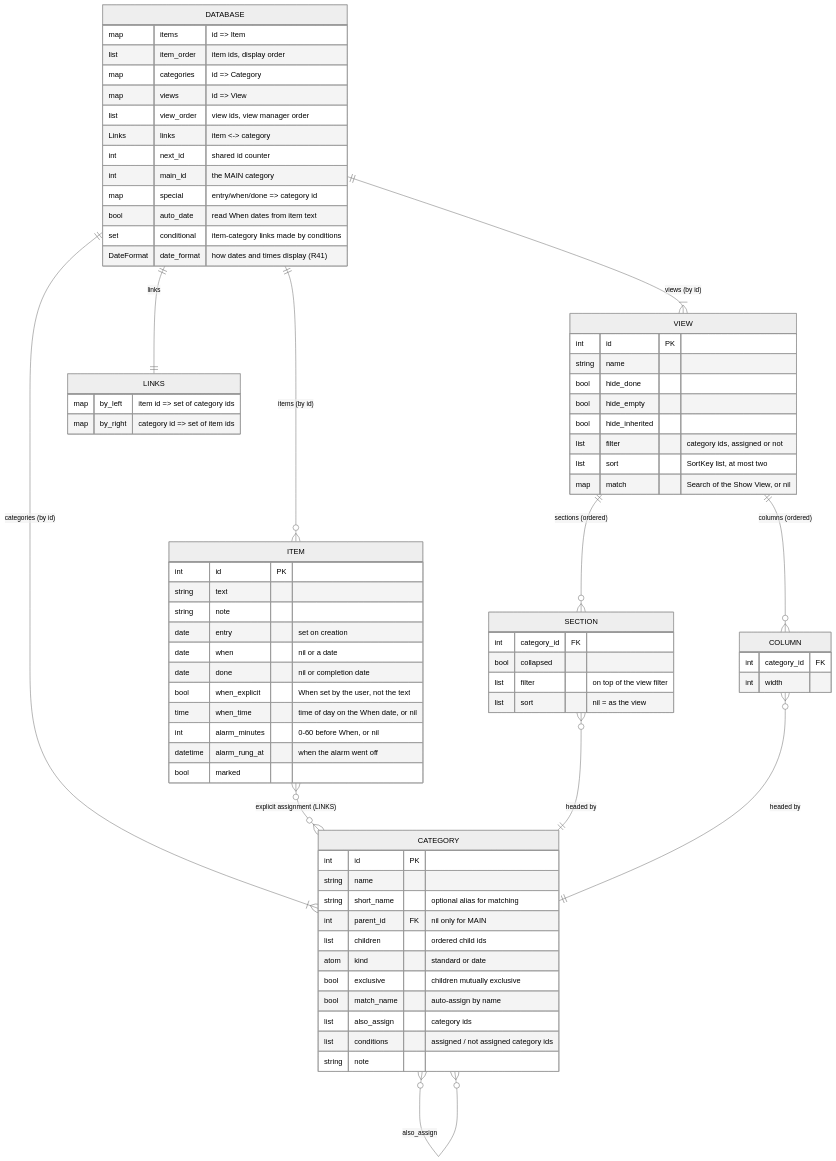
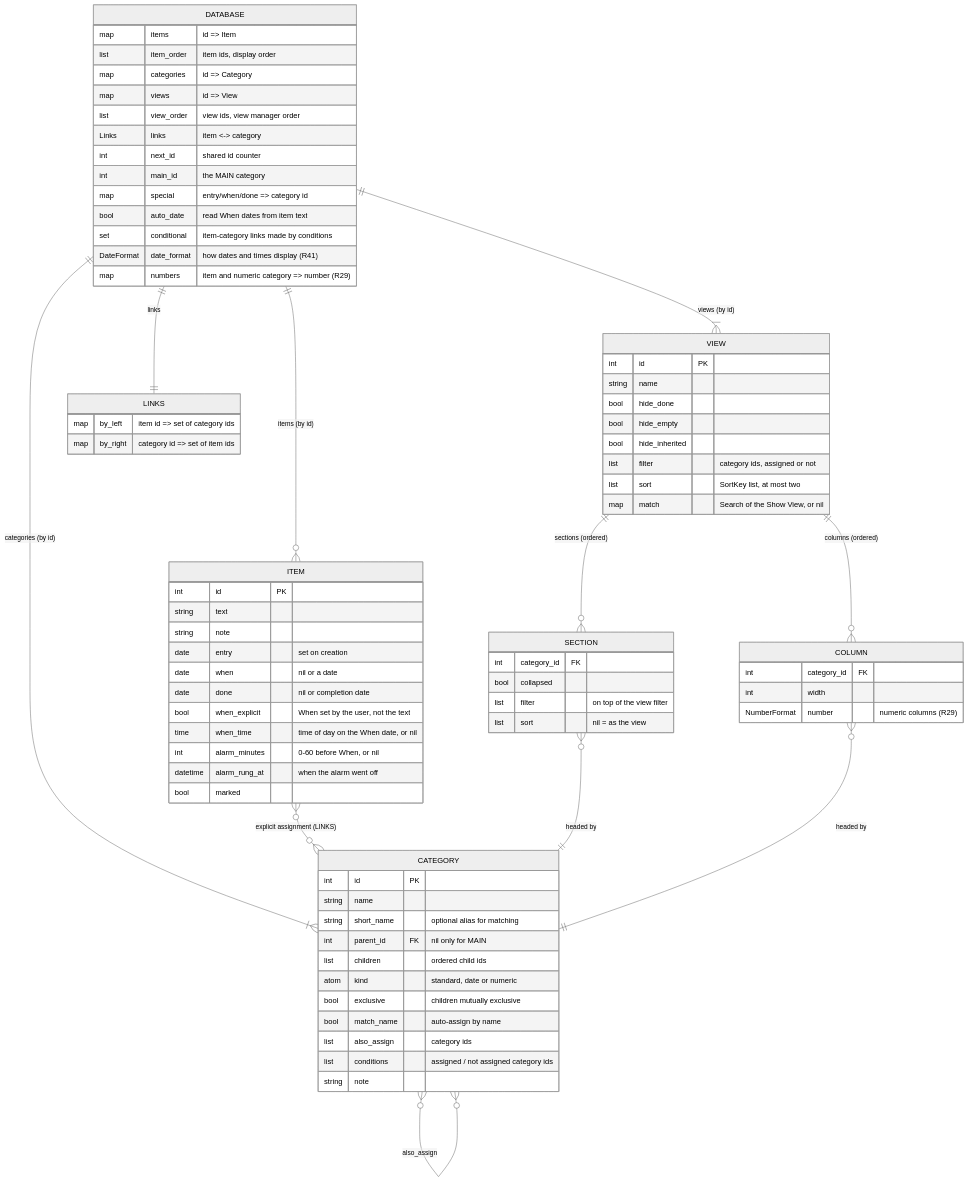
One commit to jamting/agendum changed the first of 6 diagrams in docs/DATA_MODEL.md. Above: the diagram before and after it, drawn with Mermaid (neutral theme). The commit also changed other lines of this file and 11 other files, not shown here.

````diff
--- a/docs/DATA_MODEL.md
+++ b/docs/DATA_MODEL.md
@@ -12,79 +12,81 @@
 ```mermaid
 erDiagram
     DATABASE ||--o{ ITEM : "items (by id)"
     DATABASE ||--|{ CATEGORY : "categories (by id)"
     DATABASE ||--|{ VIEW : "views (by id)"
     DATABASE ||--|| LINKS : "links"
     CATEGORY ||--o{ CATEGORY : "children (ordered)"
     ITEM }o--o{ CATEGORY : "explicit assignment (LINKS)"
     CATEGORY }o--o{ CATEGORY : "also_assign"
     VIEW ||--o{ SECTION : "sections (ordered)"
     VIEW ||--o{ COLUMN : "columns (ordered)"
     SECTION }o--|| CATEGORY : "headed by"
     COLUMN }o--|| CATEGORY : "headed by"
 
     DATABASE {
         map items "id => Item"
         list item_order "item ids, display order"
         map categories "id => Category"
         map views "id => View"
         list view_order "view ids, view manager order"
         Links links "item <-> category"
         int next_id "shared id counter"
         int main_id "the MAIN category"
         map special "entry/when/done => category id"
         bool auto_date "read When dates from item text"
         set conditional "item-category links made by conditions"
         DateFormat date_format "how dates and times display (R41)"
+        map numbers "item and numeric category => number (R29)"
     }
     ITEM {
         int id PK
         string text
         string note
         date entry "set on creation"
         date when "nil or a date"
         date done "nil or completion date"
         bool when_explicit "When set by the user, not the text"
         time when_time "time of day on the When date, or nil"
         int alarm_minutes "0-60 before When, or nil"
         datetime alarm_rung_at "when the alarm went off"
         bool marked
     }
     CATEGORY {
         int id PK
         string name
         string short_name "optional alias for matching"
         int parent_id FK "nil only for MAIN"
         list children "ordered child ids"
-        atom kind "standard or date"
+        atom kind "standard, date or numeric"
         bool exclusive "children mutually exclusive"
         bool match_name "auto-assign by name"
         list also_assign "category ids"
         list conditions "assigned / not assigned category ids"
         string note
     }
     VIEW {
         int id PK
         string name
         bool hide_done
         bool hide_empty
         bool hide_inherited
         list filter "category ids, assigned or not"
         list sort "SortKey list, at most two"
         map match "Search of the Show View, or nil"
     }
     SECTION {
         int category_id FK
         bool collapsed
         list filter "on top of the view filter"
         list sort "nil = as the view"
     }
     COLUMN {
         int category_id FK
         int width
+        NumberFormat number "numeric columns (R29)"
     }
     LINKS {
         map by_left "item id => set of category ids"
         map by_right "category id => set of item ids"
     }
 ```
````
